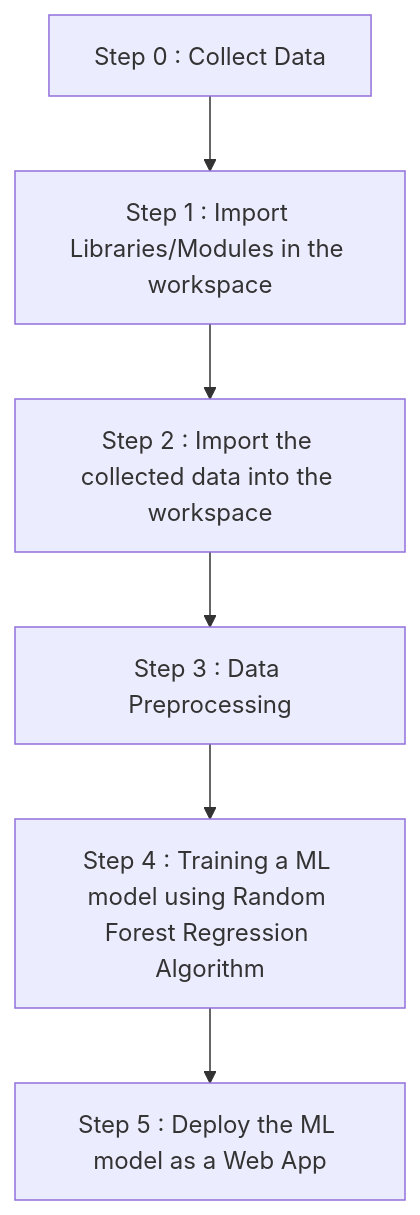
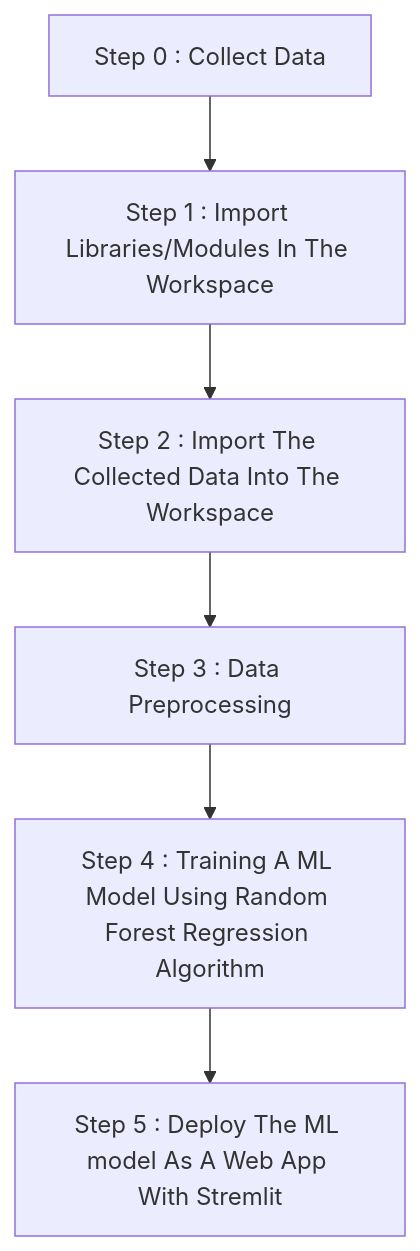
Before and after one commit to PB2204/Medical-Insurance-Cost-Prediction: the diagram in README.md, drawn with Mermaid.

````diff
--- a/README.md
+++ b/README.md
@@ -17,9 +17,9 @@
 ```mermaid
 flowchart TD
-A[Step 0 : Collect Data] --> B[Step 1 : Import Libraries/Modules in the workspace]
-B[Step 1 : Import Libraries/Modules in the workspace] --> C[Step 2 : Import the collected data into the workspace]
-C[Step 2 : Import the collected data into the workspace] --> D[Step 3 : Data Preprocessing]
-D[Step 3 : Data Preprocessing] --> E[Step 4 : Training a ML model using Random Forest Regression Algorithm]
-E[Step 4 : Training a ML model using Random Forest Regression Algorithm] --> F[Step 5 : Deploy the ML model as a Web App]
+A[Step 0 : Collect Data] --> B[Step 1 : Import Libraries/Modules In The Workspace]
+B[Step 1 : Import Libraries/Modules In The Workspace] --> C[Step 2 : Import The Collected Data Into The Workspace]
+C[Step 2 : Import The Collected Data Into The Workspace] --> D[Step 3 : Data Preprocessing]
+D[Step 3 : Data Preprocessing] --> E[Step 4 : Training A ML Model Using Random Forest Regression Algorithm]
+E[Step 4 : Training A ML Model Using Random Forest Regression Algorithm] --> F[Step 5 : Deploy The ML model As A Web App With Stremlit]
 
 ```
````
